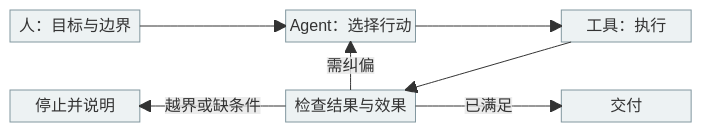
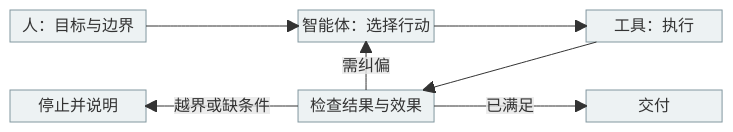
The diagram in diagrams/work-loop.mmd (HengYangDS/rethinking-work), drawn with Mermaid before and after one commit. The commit also changed 100 other files, not shown here.

```diff
--- a/diagrams/work-loop.mmd
+++ b/diagrams/work-loop.mmd
@@ -1,17 +1,17 @@
 block-beta
  columns 5
- H["人：目标与边界"] space A["Agent：选择行动"] space T["工具：执行"]
+ H["人：目标与边界"] space A["智能体：选择行动"] space T["工具：执行"]
  space:5
  S["停止并说明"] space R["检查结果与效果"] space D["交付"]
  H --> A
  A --> T
  T --> R
  R -- "需纠偏" --> A
  R -- "已满足" --> D
  R -- "越界或缺条件" --> S
  style H fill:#edf2f3,stroke:#82979f,color:#273b46,stroke-width:1px
  style A fill:#edf2f3,stroke:#82979f,color:#273b46,stroke-width:1px
  style T fill:#edf2f3,stroke:#82979f,color:#273b46,stroke-width:1px
  style R fill:#edf2f3,stroke:#82979f,color:#273b46,stroke-width:1px
  style D fill:#edf2f3,stroke:#82979f,color:#273b46,stroke-width:1px
  style S fill:#edf2f3,stroke:#82979f,color:#273b46,stroke-width:1px
```
